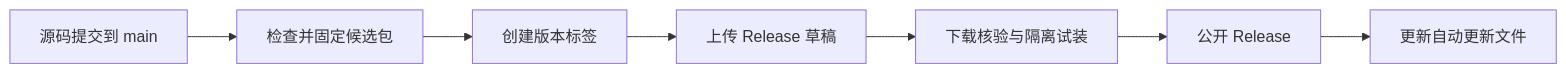
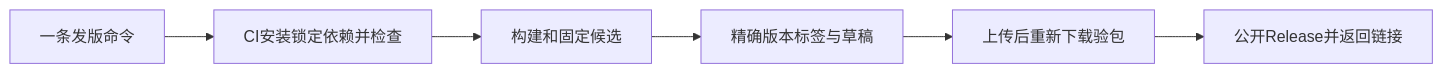
One commit to iiwenwen/zotero-update-metadata changed the diagram in RELEASING.md. Above: the diagram before and after it, drawn with Mermaid. The commit also changed other lines of this file and 16 other files, not shown here.

````diff
--- a/RELEASING.md
+++ b/RELEASING.md
@@ -5,9 +26,8 @@
 ```mermaid
 flowchart LR
-  A[源码提交到 main] --> B[检查并固定候选包]
-  B --> C[创建版本标签]
-  C --> D[上传 Release 草稿]
-  D --> E[下载核验与隔离试装]
-  E --> F[公开 Release]
-  F --> G[更新自动更新文件]
+  A[一条发版命令] --> B[CI安装锁定依赖并检查]
+  B --> C[构建和固定候选]
+  C --> D[精确版本标签与草稿]
+  D --> E[上传后重新下载验包]
+  E --> F[公开Release并返回链接]
 ```
````
